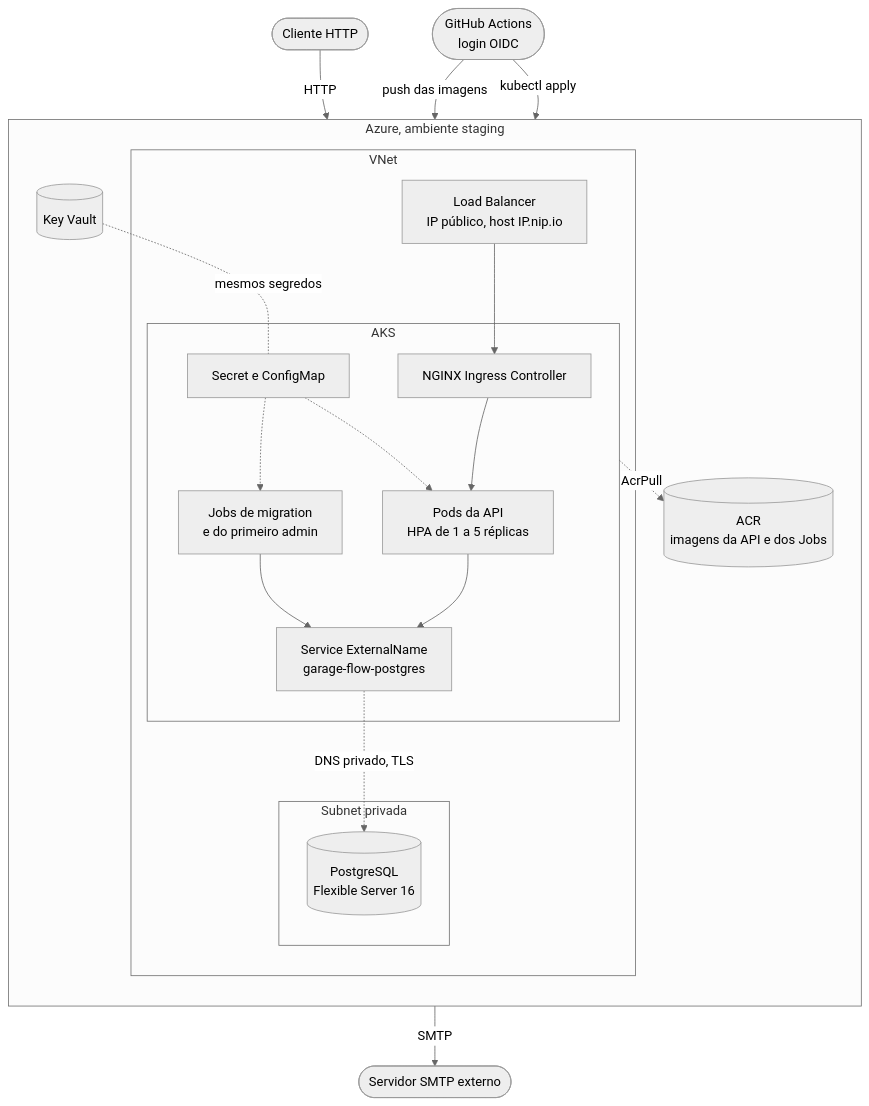
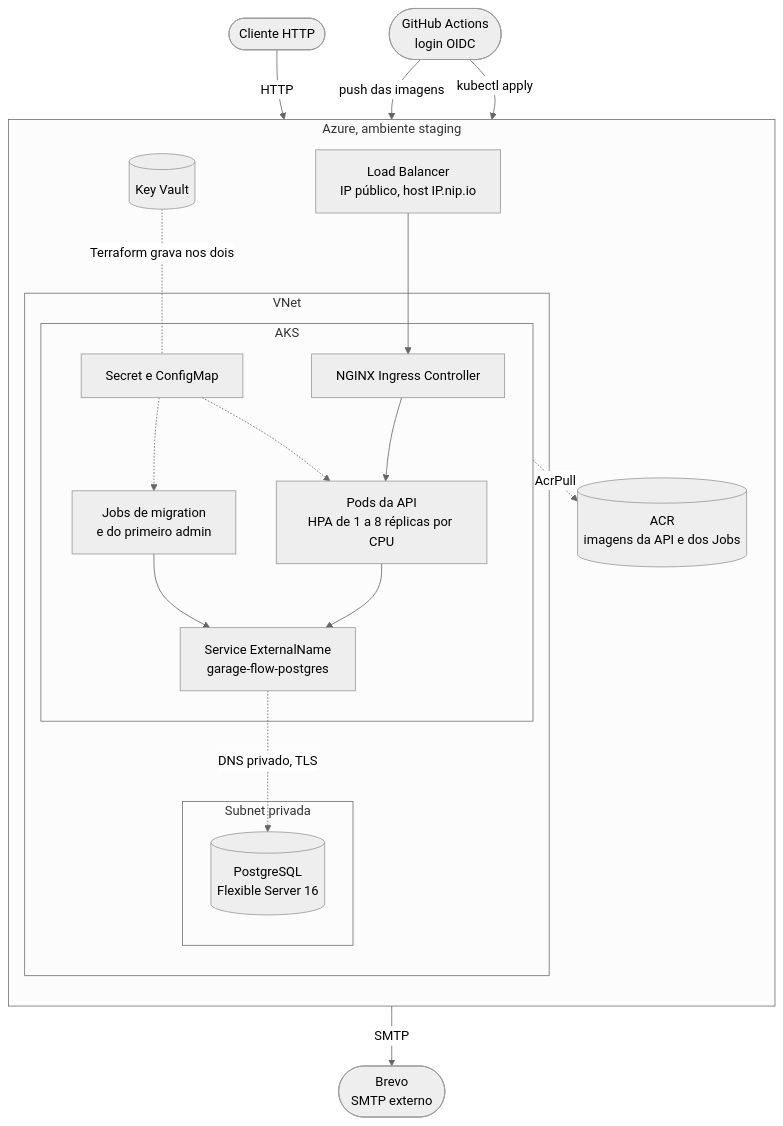
Before and after one commit to garage-flow-api/garage-flow-api: the second of 3 diagrams in README.md, drawn with Mermaid. The commit also changed other lines of this file, not shown here.

Commit message:
docs: ajusta HPA, Load Balancer, Key Vault e SMTP no desenho da infra

````diff
--- a/README.md
+++ b/README.md
@@ -122,41 +122,41 @@
 ```mermaid
 %%{init: {'theme': 'neutral'}}%%
 flowchart TB
     user(["Cliente HTTP"])
     gha(["GitHub Actions<br/>login OIDC"])
-    mail(["Servidor SMTP externo"])
+    mail(["Brevo<br/>SMTP externo"])
 
     subgraph azure["Azure, ambiente staging"]
         direction TB
         acr[("ACR<br/>imagens da API e dos Jobs")]
         kv[("Key Vault")]
+        lb["Load Balancer<br/>IP público, host IP.nip.io"]
 
         subgraph vnet["VNet"]
-            lb["Load Balancer<br/>IP público, host IP.nip.io"]
             subgraph aks["AKS"]
                 ingress["NGINX Ingress Controller"]
-                api["Pods da API<br/>HPA de 1 a 5 réplicas"]
+                api["Pods da API<br/>HPA de 1 a 8 réplicas por CPU"]
                 jobs["Jobs de migration<br/>e do primeiro admin"]
                 config["Secret e ConfigMap"]
                 alias["Service ExternalName<br/>garage-flow-postgres"]
             end
             subgraph snetpg["Subnet privada"]
                 pg[("PostgreSQL<br/>Flexible Server 16")]
             end
         end
     end
 
     user -- "HTTP" --> lb
     lb --> ingress
     ingress --> api
     api --> alias
     jobs --> alias
     alias -. "DNS privado, TLS" .-> pg
     config -.-> api
     config -.-> jobs
     aks -. "AcrPull" .-> acr
     gha -- "push das imagens" --> acr
     gha -- "kubectl apply" --> aks
-    kv -. "mesmos segredos" .- config
+    kv -. "Terraform grava nos dois" .- config
     api -- "SMTP" --> mail
 ```
````
